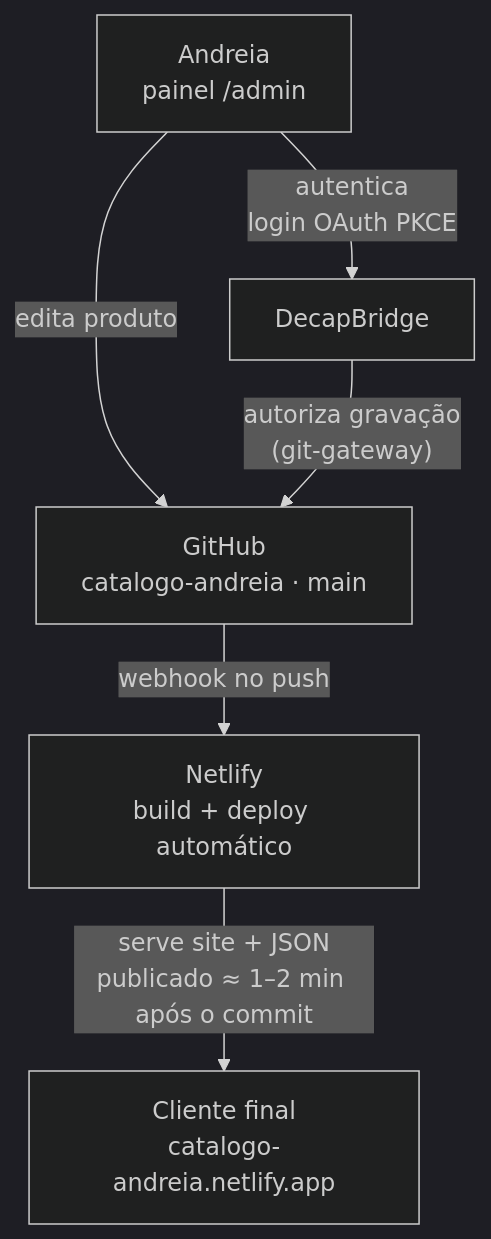
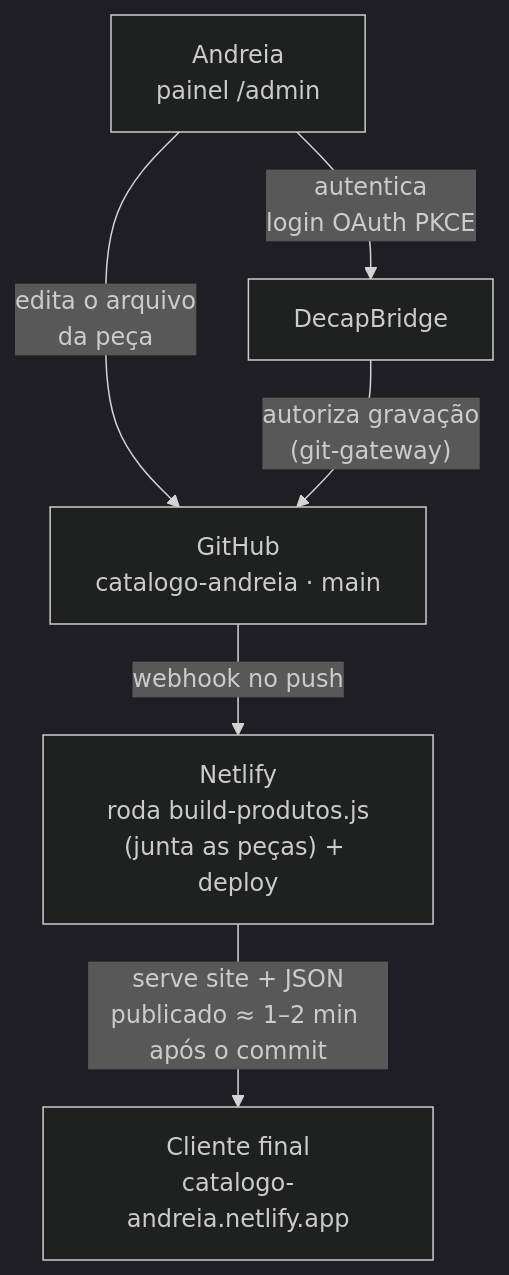
Before and after one commit to elieltonsouzadossantos/catalogo-andreia: the diagram in docs/documentacao-tecnica.md, drawn with Mermaid (dark theme). The commit also changed other lines of this file, not shown here.

````diff
--- a/docs/documentacao-tecnica.md
+++ b/docs/documentacao-tecnica.md
@@ -69,8 +72,8 @@
 ```mermaid
 flowchart TD
     A["Andreia<br/>painel /admin"] -->|"autentica<br/>login OAuth PKCE"| B["DecapBridge"]
-    A -->|"edita produto"| C
+    A -->|"edita o arquivo<br/>da peça"| C
     B -->|"autoriza gravação<br/>(git-gateway)"| C["GitHub<br/>catalogo-andreia · main"]
-    C -->|"webhook no push"| D["Netlify<br/>build + deploy automático"]
+    C -->|"webhook no push"| D["Netlify<br/>roda build-produtos.js<br/>(junta as peças) + deploy"]
     D -->|"serve site + JSON<br/>publicado ≈ 1–2 min após o commit"| E["Cliente final<br/>catalogo-andreia.netlify.app"]
 ```
````
